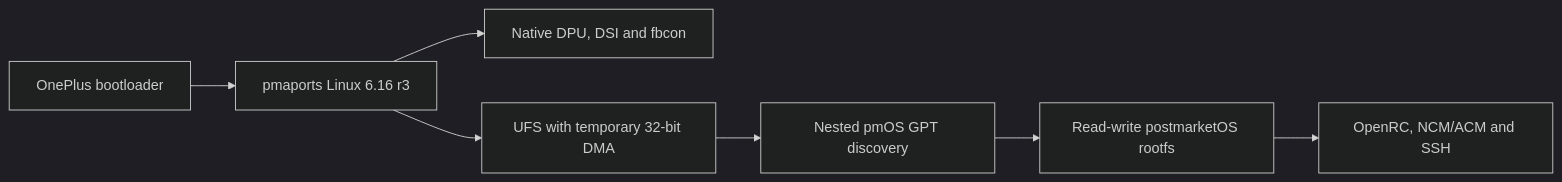
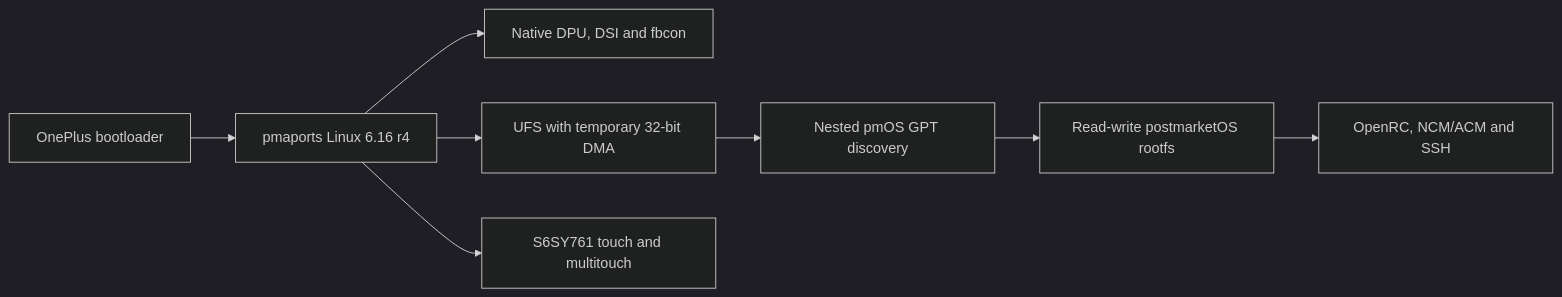
The diagram in README.md (Sr-0w/hotdog-linux-bringup), drawn with Mermaid (dark theme) before and after one commit. The commit also changed other lines of this file and 13 other files, not shown here.

````diff
--- a/README.md
+++ b/README.md
@@ -118,9 +127,10 @@
 ```mermaid
 flowchart LR
-    A["OnePlus bootloader"] --> B["pmaports Linux 6.16 r3"]
+    A["OnePlus bootloader"] --> B["pmaports Linux 6.16 r4"]
     B --> C["Native DPU, DSI and fbcon"]
     B --> D["UFS with temporary 32-bit DMA"]
     D --> E["Nested pmOS GPT discovery"]
     E --> F["Read-write postmarketOS rootfs"]
     F --> G["OpenRC, NCM/ACM and SSH"]
+    B --> H["S6SY761 touch and multitouch"]
 ```
````
